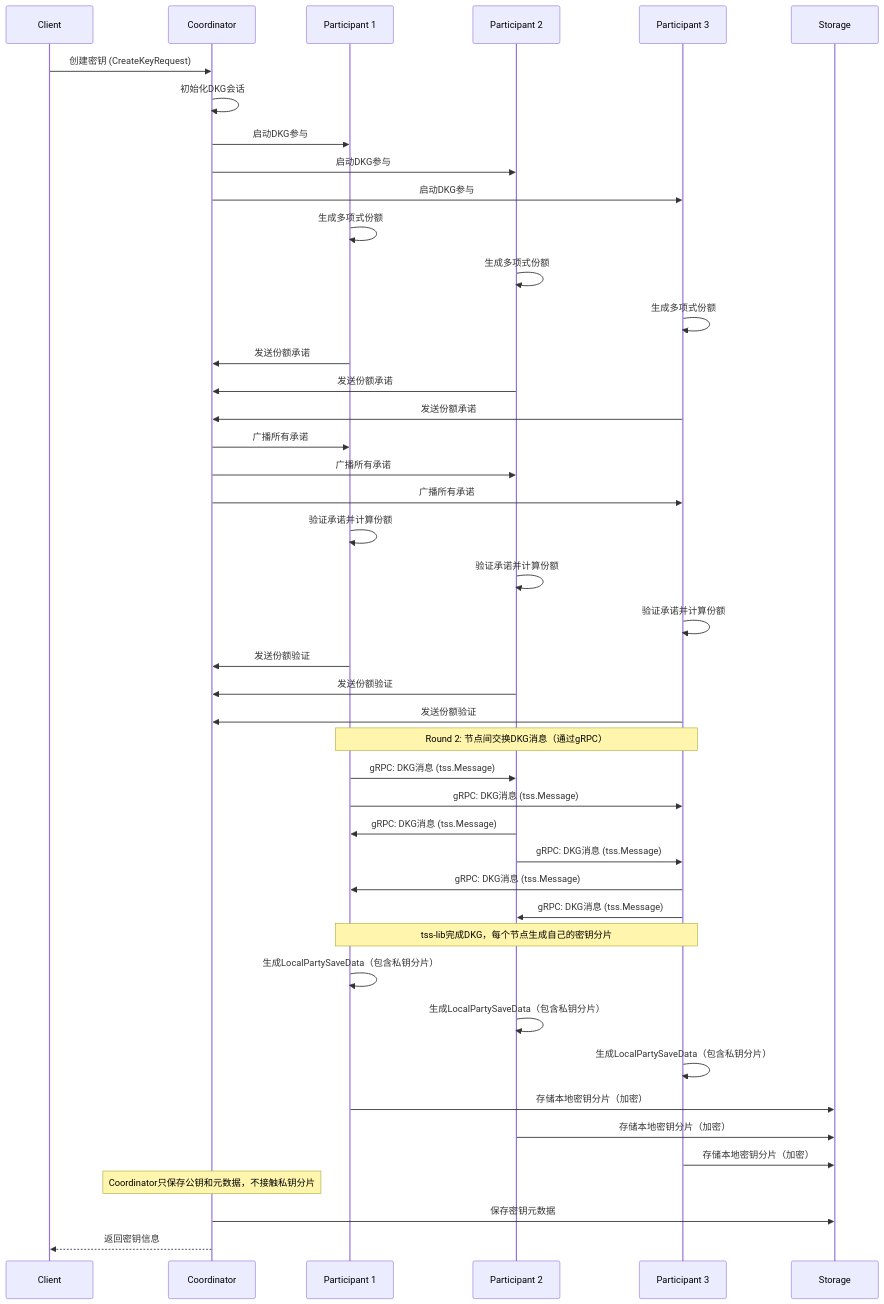
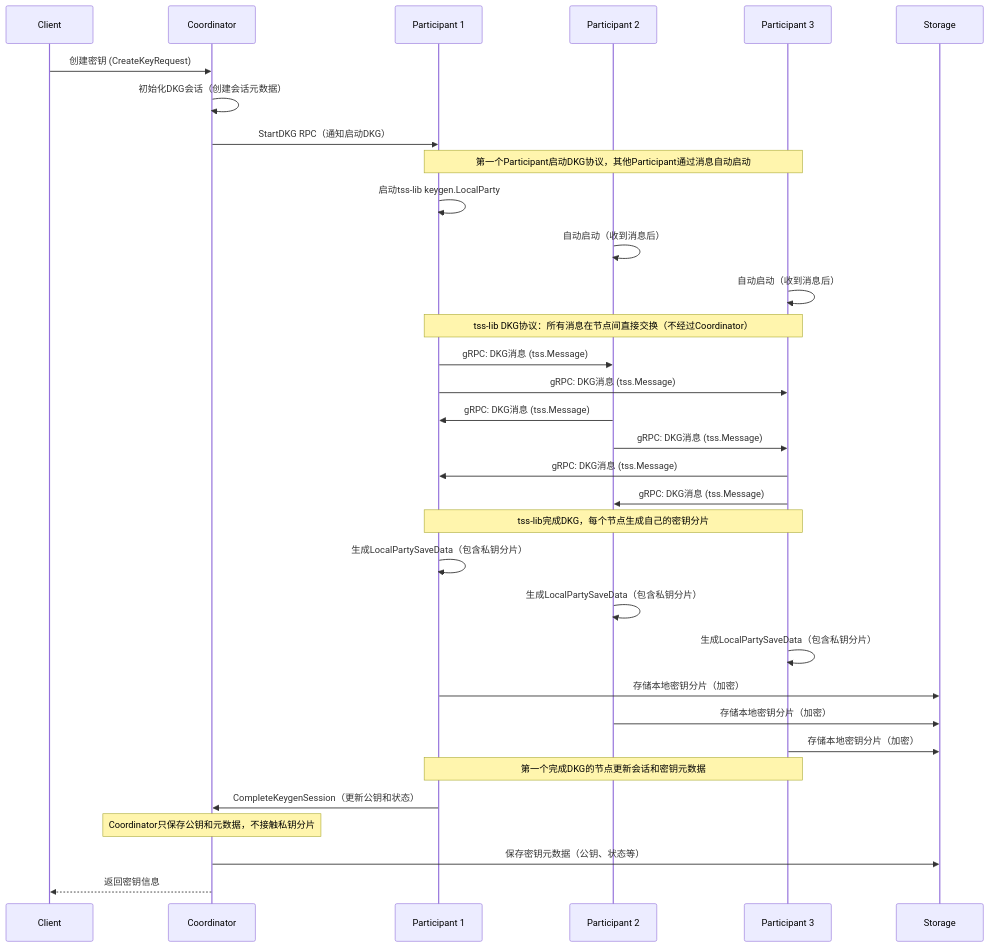
Before and after one commit to kashguard/go-mpc-wallet: the ninth of 26 diagrams in docs/mpc-detailed-design.md, drawn with Mermaid. The commit also changed other lines of this file and 14 other files, not shown here.

````diff
--- a/docs/mpc-detailed-design.md
+++ b/docs/mpc-detailed-design.md
@@ -828,60 +828,47 @@
 ```mermaid
 sequenceDiagram
     participant Client
     participant Coordinator
     participant P1 as Participant 1
     participant P2 as Participant 2
     participant P3 as Participant 3
     participant Storage
 
     Client->>Coordinator: 创建密钥 (CreateKeyRequest)
-    Coordinator->>Coordinator: 初始化DKG会话
+    Coordinator->>Coordinator: 初始化DKG会话（创建会话元数据）
+    Coordinator->>P1: StartDKG RPC（通知启动DKG）
+    
+    Note over P1,P3: 第一个Participant启动DKG协议，其他Participant通过消息自动启动
 
-    Coordinator->>P1: 启动DKG参与
-    Coordinator->>P2: 启动DKG参与
-    Coordinator->>P3: 启动DKG参与
+    P1->>P1: 启动tss-lib keygen.LocalParty
+    P2->>P2: 自动启动（收到消息后）
+    P3->>P3: 自动启动（收到消息后）
 
-    P1->>P1: 生成多项式份额
-    P2->>P2: 生成多项式份额
-    P3->>P3: 生成多项式份额
-
-    P1->>Coordinator: 发送份额承诺
-    P2->>Coordinator: 发送份额承诺
-    P3->>Coordinator: 发送份额承诺
-
-    Coordinator->>P1: 广播所有承诺
-    Coordinator->>P2: 广播所有承诺
-    Coordinator->>P3: 广播所有承诺
-
-    P1->>P1: 验证承诺并计算份额
-    P2->>P2: 验证承诺并计算份额
-    P3->>P3: 验证承诺并计算份额
-
-    P1->>Coordinator: 发送份额验证
-    P2->>Coordinator: 发送份额验证
-    P3->>Coordinator: 发送份额验证
-
-    Note over P1,P3: Round 2: 节点间交换DKG消息（通过gRPC）
+    Note over P1,P3: tss-lib DKG协议：所有消息在节点间直接交换（不经过Coordinator）
 
     P1->>P2: gRPC: DKG消息 (tss.Message)
     P1->>P3: gRPC: DKG消息 (tss.Message)
     P2->>P1: gRPC: DKG消息 (tss.Message)
     P2->>P3: gRPC: DKG消息 (tss.Message)
     P3->>P1: gRPC: DKG消息 (tss.Message)
     P3->>P2: gRPC: DKG消息 (tss.Message)
 
     Note over P1,P3: tss-lib完成DKG，每个节点生成自己的密钥分片
 
     P1->>P1: 生成LocalPartySaveData（包含私钥分片）
     P2->>P2: 生成LocalPartySaveData（包含私钥分片）
     P3->>P3: 生成LocalPartySaveData（包含私钥分片）
 
     P1->>Storage: 存储本地密钥分片（加密）
     P2->>Storage: 存储本地密钥分片（加密）
     P3->>Storage: 存储本地密钥分片（加密）
 
+    Note over P1,P3: 第一个完成DKG的节点更新会话和密钥元数据
+
+    P1->>Coordinator: CompleteKeygenSession（更新公钥和状态）
+    
     Note over Coordinator: Coordinator只保存公钥和元数据，不接触私钥分片
 
-    Coordinator->>Storage: 保存密钥元数据
+    Coordinator->>Storage: 保存密钥元数据（公钥、状态等）
     Coordinator-->>Client: 返回密钥信息
 ```
````
